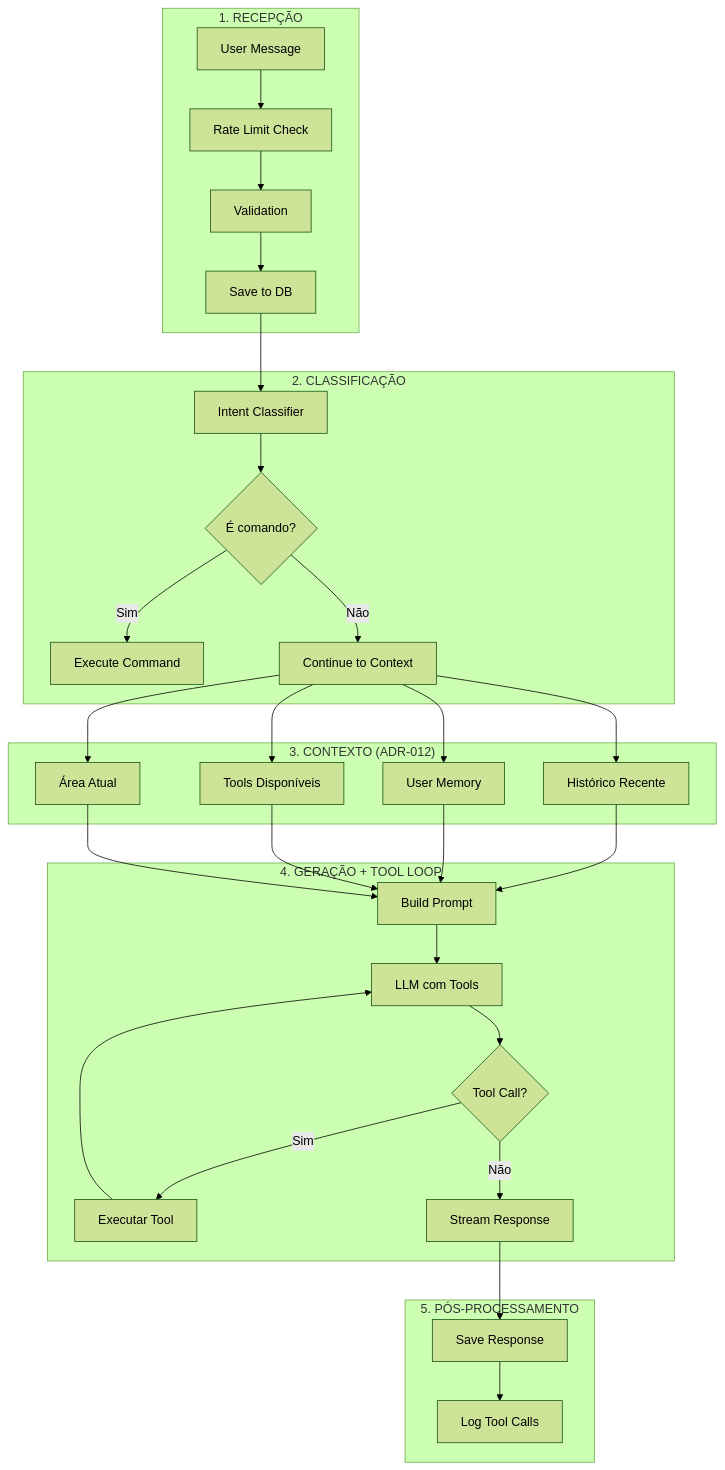
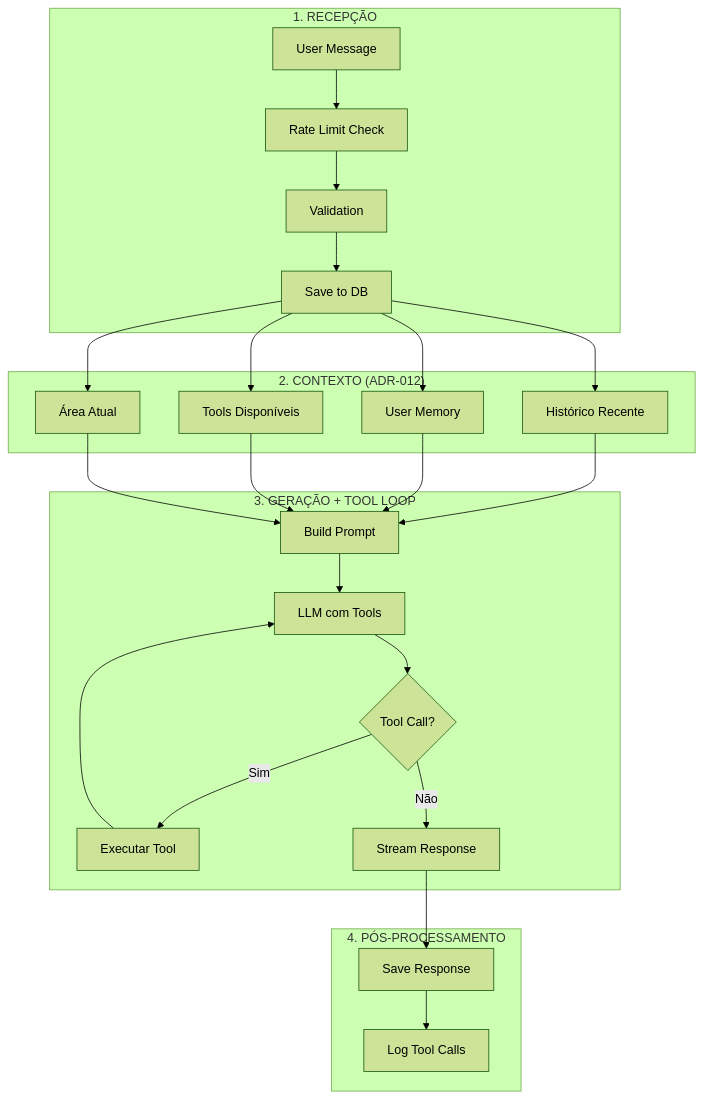
One commit to oeduardop1/life-assistant changed the third of 5 diagrams in SYSTEM_SPECS.md. Above: the diagram before and after it, drawn with Mermaid (forest theme). The commit also changed other lines of this file and 2 other files, not shown here.

Commit message:
docs: remove Intent Classification (M1.4) — redundant with Tool Use
Tool Use architecture (ADR-012) already handles:
- Intent detection via LLM function calling
- Parameter extraction via Zod schemas
- Action execution via tool loop

Changes:
- Remove M1.4 milestone entirely
- Remove AI_SPECS.md section 5 (Intent Classification)
- Simplify SYSTEM_SPECS.md flow diagram (5→4 steps)
- Remove explicit commands table (anti-pattern for NLP)
- Update metrics, logging, and tests to reference Tool Use

````diff
--- a/SYSTEM_SPECS.md
+++ b/SYSTEM_SPECS.md
@@ -244,39 +244,32 @@
 ```mermaid
 flowchart TB
     subgraph Reception["1. RECEPÇÃO"]
         A[User Message] --> B[Rate Limit Check]
         B --> C[Validation]
         C --> D[Save to DB]
     end
 
-    subgraph Classification["2. CLASSIFICAÇÃO"]
-        D --> E[Intent Classifier]
-        E --> F{É comando?}
-        F -->|Sim| G[Execute Command]
-        F -->|Não| H[Continue to Context]
+    subgraph Context["2. CONTEXTO (ADR-012)"]
+        D --> I[Histórico Recente]
+        D --> J[User Memory]
+        D --> K[Tools Disponíveis]
+        D --> L[Área Atual]
     end
 
-    subgraph Context["3. CONTEXTO (ADR-012)"]
-        H --> I[Histórico Recente]
-        H --> J[User Memory]
-        H --> K[Tools Disponíveis]
-        H --> L[Área Atual]
-    end
-
-    subgraph Generation["4. GERAÇÃO + TOOL LOOP"]
+    subgraph Generation["3. GERAÇÃO + TOOL LOOP"]
         I --> M[Build Prompt]
         J --> M
         K --> M
         L --> M
         M --> N[LLM com Tools]
         N --> O{Tool Call?}
         O -->|Sim| P[Executar Tool]
         P --> N
         O -->|Não| Q[Stream Response]
     end
 
-    subgraph PostProcess["5. PÓS-PROCESSAMENTO"]
+    subgraph PostProcess["4. PÓS-PROCESSAMENTO"]
         Q --> R[Save Response]
         R --> S[Log Tool Calls]
     end
 ```
````
